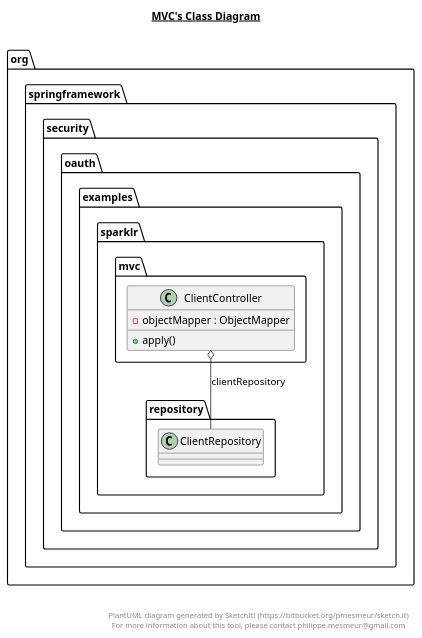
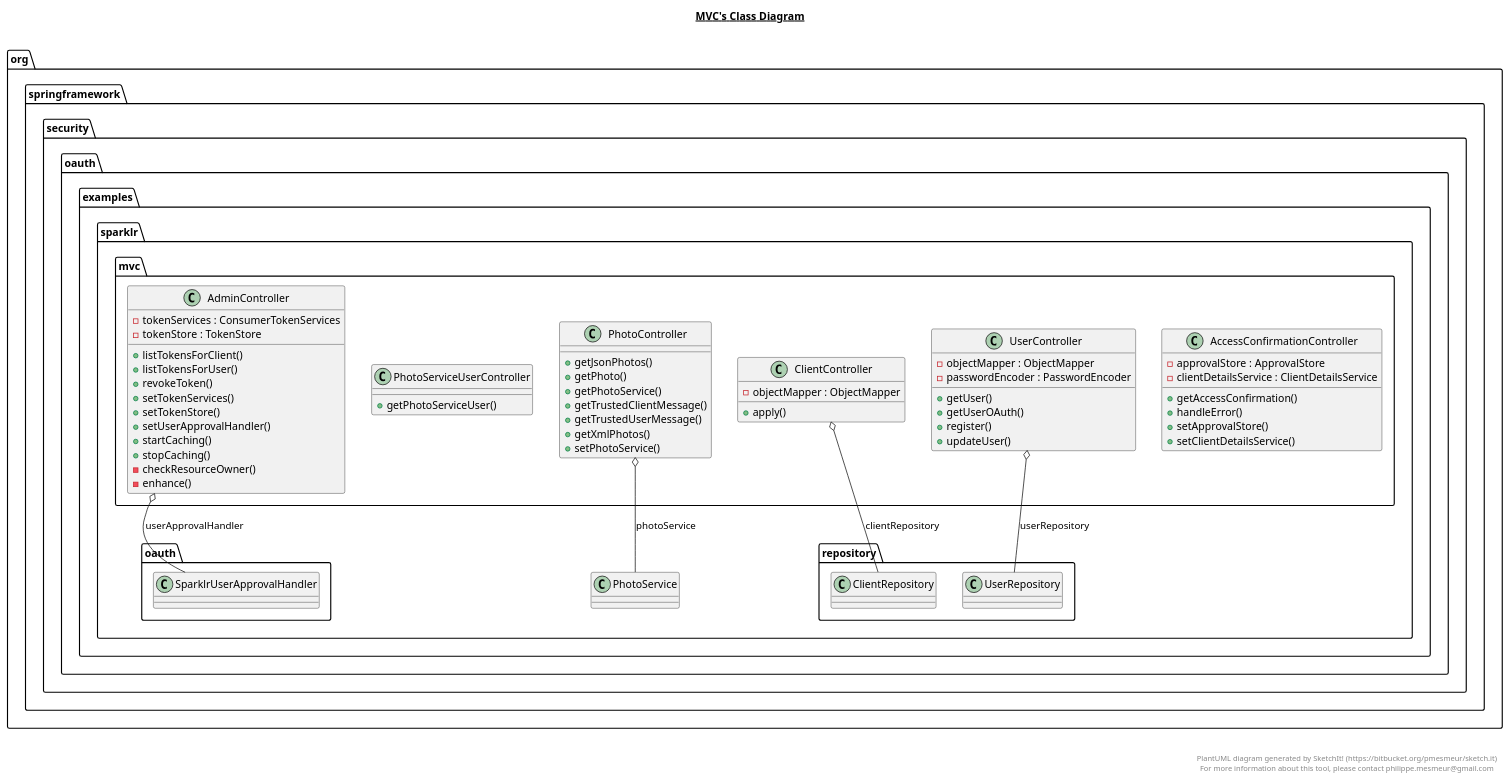
Before and after one commit to zwan2016/spring-security-oauth: the diagram in samples/oauth2/sparklr/src/main/java/org/springframework/security/oauth/examples/sparklr/mvc/mvc.plantuml, drawn with PlantUML. The commit also changed 10 other files, not shown here.

```diff
--- a/samples/oauth2/sparklr/src/main/java/org/springframework/security/oauth/examples/sparklr/mvc/mvc.plantuml
+++ b/samples/oauth2/sparklr/src/main/java/org/springframework/security/oauth/examples/sparklr/mvc/mvc.plantuml
@@ -1,27 +1,100 @@
 @startuml
 
 title __MVC's Class Diagram__\n
+
+  namespace org.springframework.security.oauth.examples.sparklr {
+    namespace mvc {
+      class org.springframework.security.oauth.examples.sparklr.mvc.AccessConfirmationController {
+          - approvalStore : ApprovalStore
+          - clientDetailsService : ClientDetailsService
+          + getAccessConfirmation()
+          + handleError()
+          + setApprovalStore()
+          + setClientDetailsService()
+      }
+    }
+  }
+  
+
+  namespace org.springframework.security.oauth.examples.sparklr {
+    namespace mvc {
+      class org.springframework.security.oauth.examples.sparklr.mvc.AdminController {
+          - tokenServices : ConsumerTokenServices
+          - tokenStore : TokenStore
+          + listTokensForClient()
+          + listTokensForUser()
+          + revokeToken()
+          + setTokenServices()
+          + setTokenStore()
+          + setUserApprovalHandler()
+          + startCaching()
+          + stopCaching()
+          - checkResourceOwner()
+          - enhance()
+      }
+    }
+  }
   
 
   namespace org.springframework.security.oauth.examples.sparklr {
     namespace mvc {
       class org.springframework.security.oauth.examples.sparklr.mvc.ClientController {
           - objectMapper : ObjectMapper
           + apply()
       }
     }
   }
-
   
 
+  namespace org.springframework.security.oauth.examples.sparklr {
+    namespace mvc {
+      class org.springframework.security.oauth.examples.sparklr.mvc.PhotoController {
+          + getJsonPhotos()
+          + getPhoto()
+          + getPhotoService()
+          + getTrustedClientMessage()
+          + getTrustedUserMessage()
+          + getXmlPhotos()
+          + setPhotoService()
+      }
+    }
+  }
+  
+
+  namespace org.springframework.security.oauth.examples.sparklr {
+    namespace mvc {
+      class org.springframework.security.oauth.examples.sparklr.mvc.PhotoServiceUserController {
+          + getPhotoServiceUser()
+      }
+    }
+  }
+  
+
+  namespace org.springframework.security.oauth.examples.sparklr {
+    namespace mvc {
+      class org.springframework.security.oauth.examples.sparklr.mvc.UserController {
+          - objectMapper : ObjectMapper
+          - passwordEncoder : PasswordEncoder
+          + getUser()
+          + getUserOAuth()
+          + register()
+          + updateUser()
+      }
+    }
+  }
+  
+
+  org.springframework.security.oauth.examples.sparklr.mvc.AdminController o-- org.springframework.security.oauth.examples.sparklr.oauth.SparklrUserApprovalHandler : userApprovalHandler
   org.springframework.security.oauth.examples.sparklr.mvc.ClientController o-- org.springframework.security.oauth.examples.sparklr.repository.ClientRepository : clientRepository
+  org.springframework.security.oauth.examples.sparklr.mvc.PhotoController o-- org.springframework.security.oauth.examples.sparklr.PhotoService : photoService
+  org.springframework.security.oauth.examples.sparklr.mvc.UserController o-- org.springframework.security.oauth.examples.sparklr.repository.UserRepository : userRepository
 
 
 right footer
 
 
 PlantUML diagram generated by SketchIt! (https://bitbucket.org/pmesmeur/sketch.it)
 For more information about this tool, please contact philippe.mesmeur@gmail.com
 endfooter
 
 @enduml
```
